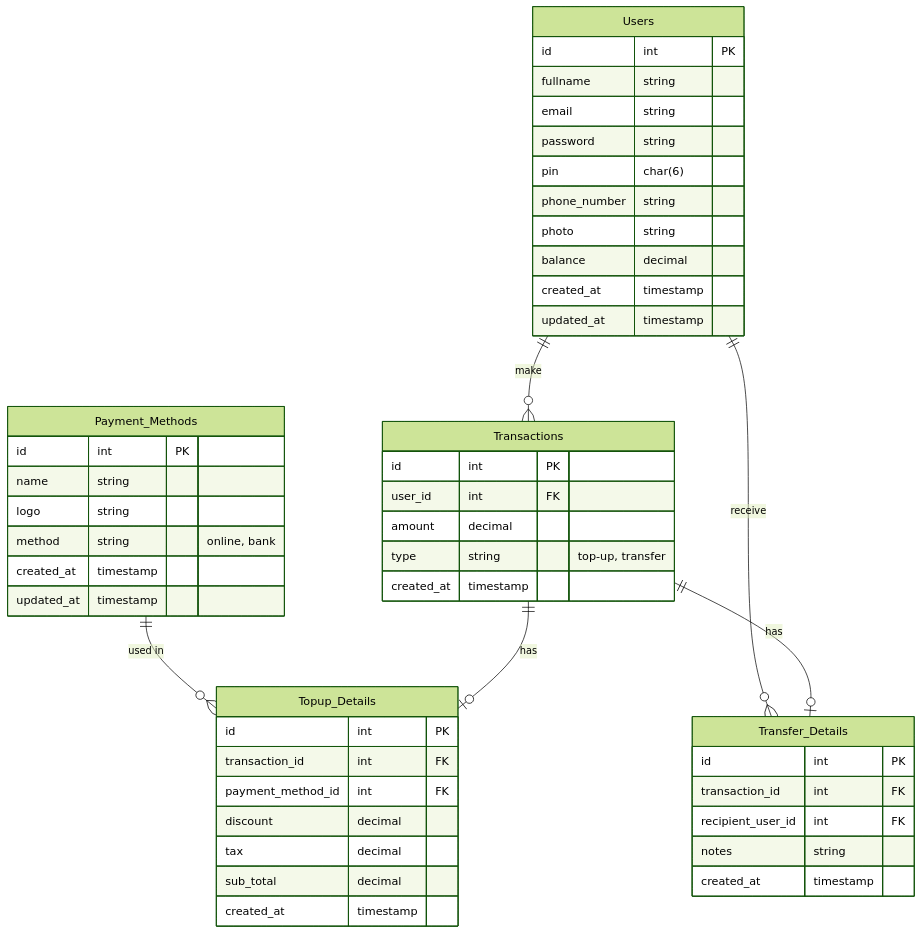
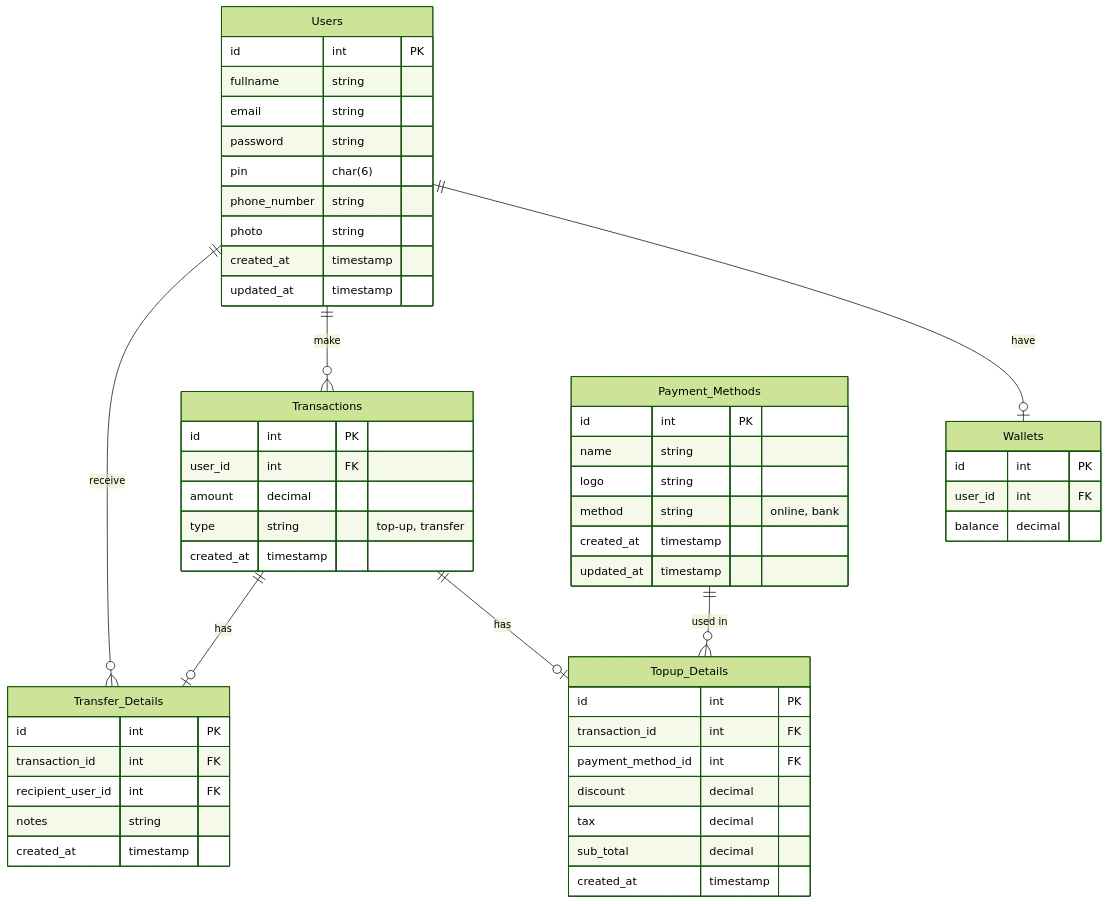
One commit to anggavb/koda-b7-db changed the diagram in README.md. Above: the diagram before and after it, drawn with Mermaid (forest theme). The commit also changed 1 other file, not shown here.

Commit message:
feat(docs): update README and users.sql to include Wallets table and related queries

````diff
--- a/README.md
+++ b/README.md
@@ -1,52 +1,57 @@
 ```mermaid
 erDiagram
     Users {
         id int PK
         fullname string
         email string
         password string
         pin char(6)
         phone_number string
         photo string
-        balance decimal
         created_at timestamp
         updated_at timestamp
+    }
+    Wallets {
+        id int PK
+        user_id int FK
+        balance decimal
     }
     Transactions {
         id int PK
         user_id int FK
         amount decimal
         type string "top-up, transfer"
         created_at timestamp
     }
     Payment_Methods {
         id int PK
         name string
         logo string
         method string "online, bank"
         created_at timestamp
         updated_at timestamp
     }
     Topup_Details {
         id int PK
         transaction_id int FK
         payment_method_id int FK
         discount decimal
         tax decimal
         sub_total decimal
         created_at timestamp
     }
     Transfer_Details {
         id int PK
         transaction_id int FK
         recipient_user_id int FK
         notes string
         created_at timestamp
     }
 
+    Users ||--o| Wallets : have
     Users ||--o{ Transactions : make
-    Users ||--o{ Transfer_Details : receive
+    Users  ||--o{ Transfer_Details : receive
     Payment_Methods ||--o{ Topup_Details : "used in"
     Transactions ||--o| Topup_Details : has
     Transactions ||--o| Transfer_Details : has
 ```
````
